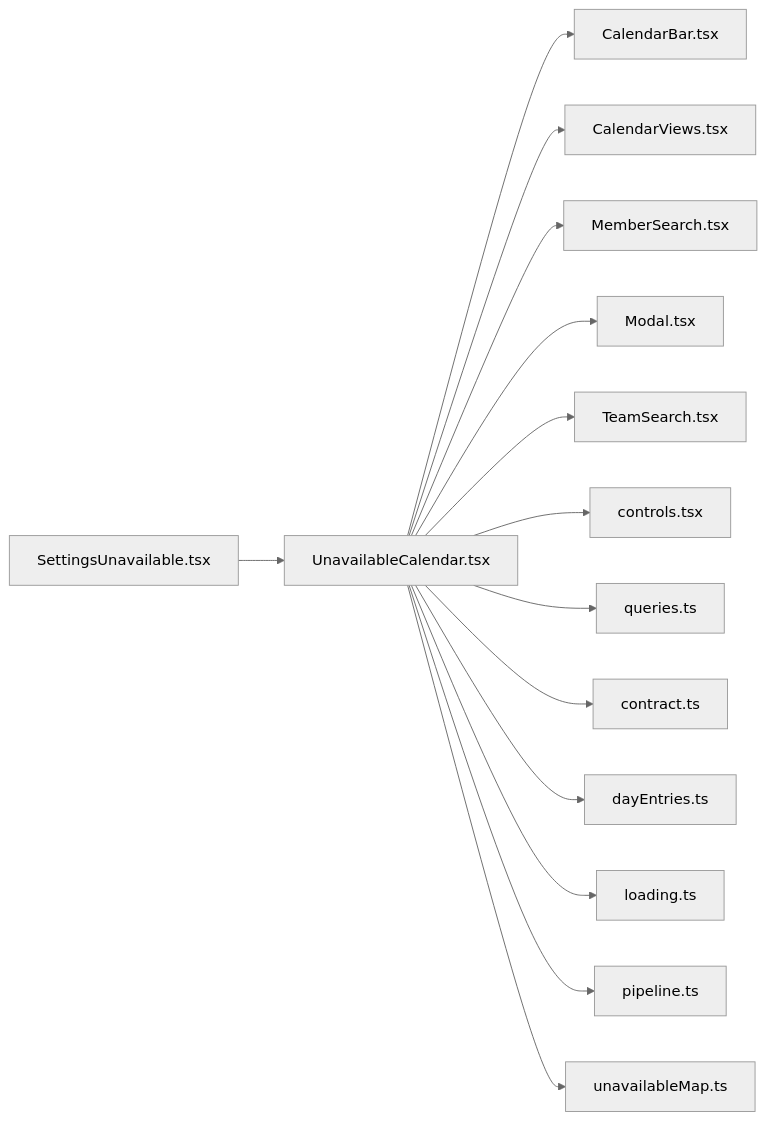
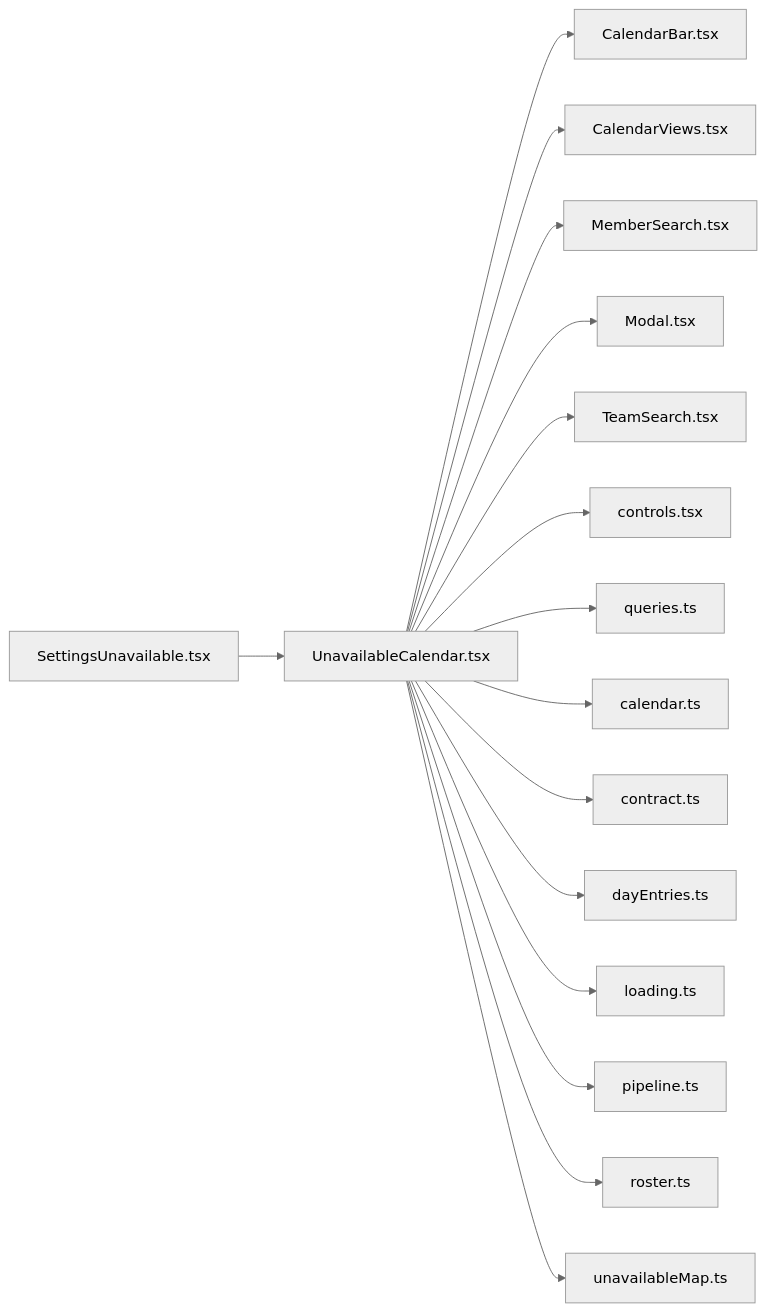
Before and after one commit to minkong-dev/Banblit: the diagram in .cluedoc/graph/frontend/src/routes/UnavailableCalendar.md, drawn with Mermaid (neutral theme). The commit also changed other lines of this file and 56 other files, not shown here.

Commit message:
frontend: import pure lib functions from their own files instead of through pipeline

````diff
--- a/.cluedoc/graph/frontend/src/routes/UnavailableCalendar.md
+++ b/.cluedoc/graph/frontend/src/routes/UnavailableCalendar.md
@@ -10,17 +10,19 @@
 ```mermaid
 flowchart LR
   frontend_src_routes_UnavailableCalendar["UnavailableCalendar.tsx"]
   frontend_src_routes_UnavailableCalendar --> frontend_src_components_CalendarBar["CalendarBar.tsx"]
   frontend_src_routes_UnavailableCalendar --> frontend_src_components_CalendarViews["CalendarViews.tsx"]
   frontend_src_routes_UnavailableCalendar --> frontend_src_components_MemberSearch["MemberSearch.tsx"]
   frontend_src_routes_UnavailableCalendar --> frontend_src_components_Modal["Modal.tsx"]
   frontend_src_routes_UnavailableCalendar --> frontend_src_components_TeamSearch["TeamSearch.tsx"]
   frontend_src_routes_UnavailableCalendar --> frontend_src_components_controls["controls.tsx"]
   frontend_src_routes_UnavailableCalendar --> frontend_src_components_queries["queries.ts"]
+  frontend_src_routes_UnavailableCalendar --> frontend_src_lib_calendar["calendar.ts"]
   frontend_src_routes_UnavailableCalendar --> frontend_src_lib_contract["contract.ts"]
   frontend_src_routes_UnavailableCalendar --> frontend_src_lib_dayEntries["dayEntries.ts"]
   frontend_src_routes_UnavailableCalendar --> frontend_src_lib_loading["loading.ts"]
   frontend_src_routes_UnavailableCalendar --> frontend_src_lib_pipeline["pipeline.ts"]
+  frontend_src_routes_UnavailableCalendar --> frontend_src_lib_roster["roster.ts"]
   frontend_src_routes_UnavailableCalendar --> frontend_src_lib_unavailableMap["unavailableMap.ts"]
   frontend_src_routes_SettingsUnavailable["SettingsUnavailable.tsx"] --> frontend_src_routes_UnavailableCalendar
 ```
````
